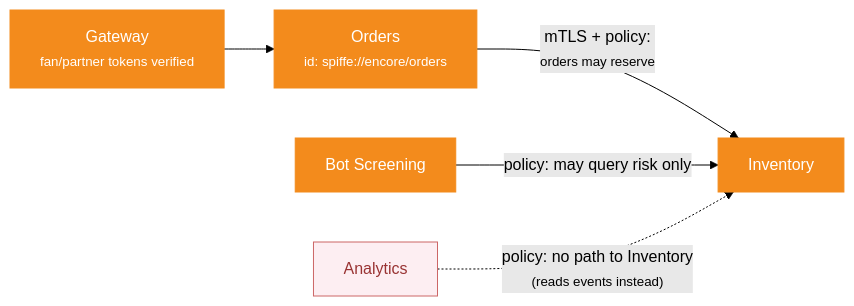
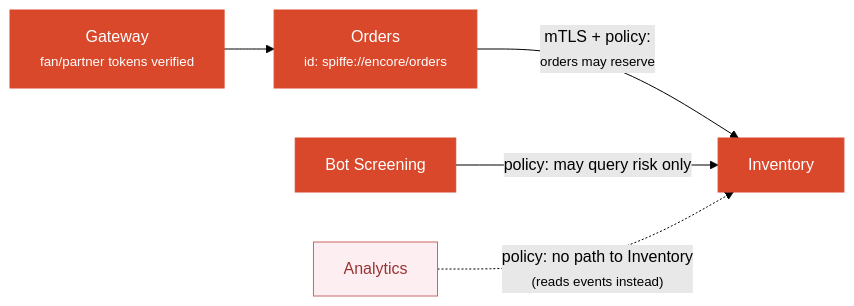
One commit to oleksiyp/arch-book changed diagram 18 of 23 in README.md. Above: the diagram before and after it, drawn with Mermaid (forest theme). The commit also changed other lines of this file and 18 other files, not shown here.

```diff
--- a/README.md
+++ b/README.md
@@ -1776,11 +1776,11 @@
 <pre class="mermaid">
 flowchart LR
     gw["Gateway<br/><small>fan/partner tokens verified</small>"] --> ord["Orders<br/><small>id: spiffe://encore/orders</small>"]
     ord -- "mTLS + policy:<br/><small>orders may reserve</small>" --> inv["Inventory"]
     bot["Bot Screening"] -- "policy: may query risk only" --> inv
     ana["Analytics"] -. "policy: no path to Inventory<br/><small>(reads events instead)</small>" .-> inv
-    classDef ok fill:#f38b1c,stroke:#f38b1c,color:#fff
+    classDef ok fill:#d9482b,stroke:#d9482b,color:#fff
     classDef deny fill:#fdeef2,stroke:#c66,color:#933
     class gw,ord,inv,bot ok
     class ana deny
 </pre>
```
